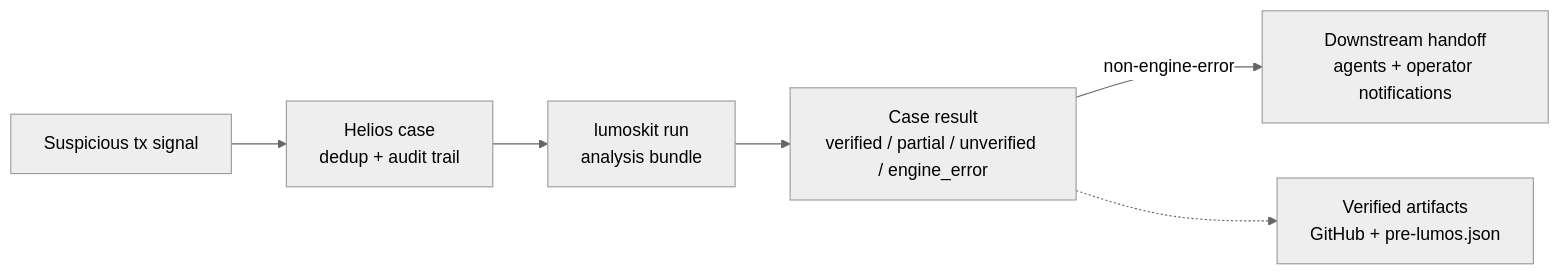
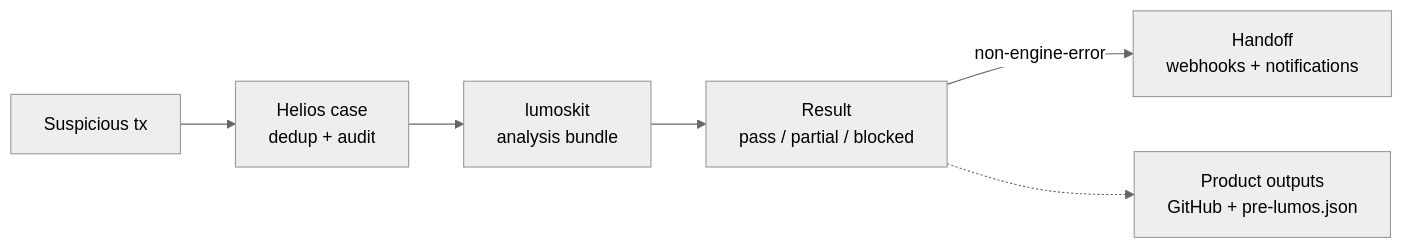
Before and after one commit to BackwardLabs/Backlight: the diagram in README.md, drawn with Mermaid (neutral theme). The commit also changed other lines of this file and 17 other files, not shown here.

````diff
--- a/README.md
+++ b/README.md
@@ -32,13 +15,13 @@
 ```mermaid
 flowchart LR
-    signal["Suspicious tx signal"]
-    case["Helios case<br/>dedup + audit trail"]
-    engine["lumoskit run<br/>analysis bundle"]
-    result["Case result<br/>verified / partial / unverified / engine_error"]
-    products["Verified artifacts<br/>GitHub + pre-lumos.json"]
-    handoff["Downstream handoff<br/>agents + operator notifications"]
+    signal["Suspicious tx"]
+    helios["Helios case<br/>dedup + audit"]
+    engine["lumoskit<br/>analysis bundle"]
+    result["Result<br/>pass / partial / blocked"]
+    handoff["Handoff<br/>webhooks + notifications"]
+    products["Product outputs<br/>GitHub + pre-lumos.json"]
 
-    signal --> case --> engine --> result
+    signal --> helios --> engine --> result
     result -->|"non-engine-error"| handoff
     result -.-> products
 ```
````
